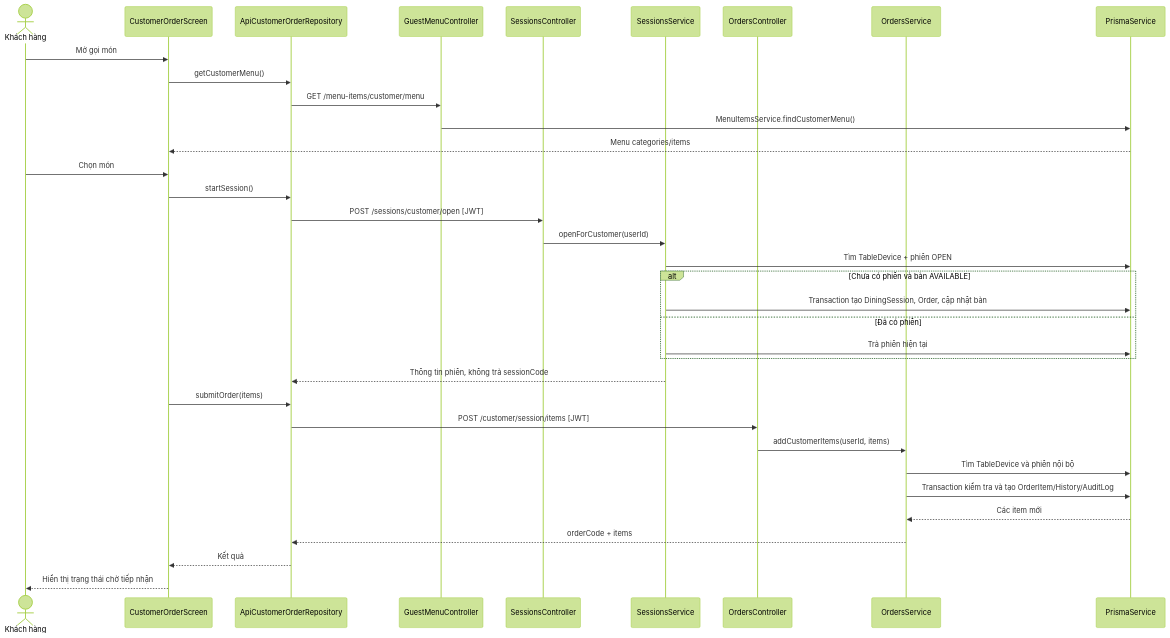
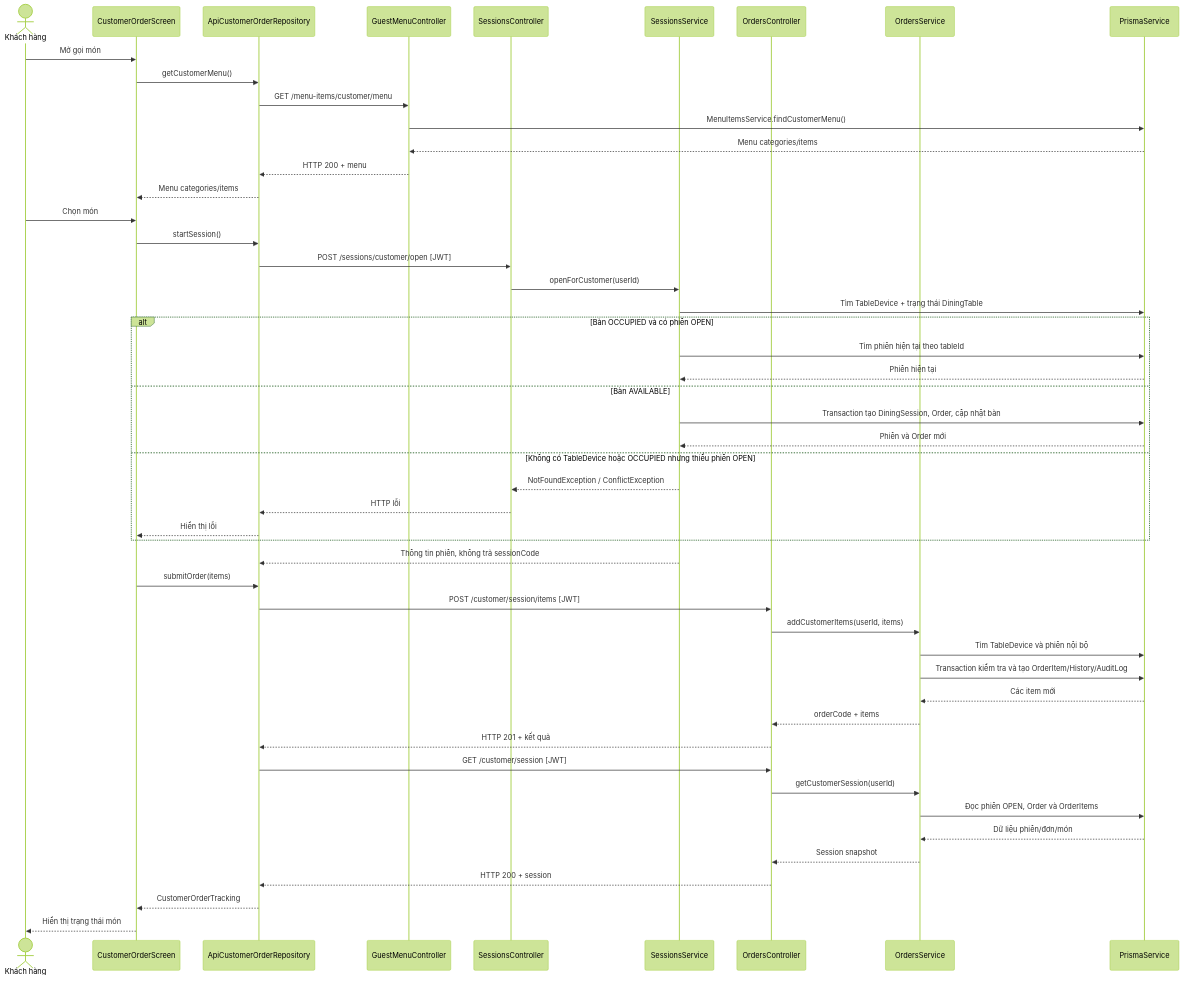
The diagram in docs/analysis/diagrams/sequence-customer-order.mmd (NTMHuy/ResMan), drawn with Mermaid (forest theme) before and after one commit.

Commit message:
docs: align customer order sequence with actual repository methods and responses

```diff
--- a/docs/analysis/diagrams/sequence-customer-order.mmd
+++ b/docs/analysis/diagrams/sequence-customer-order.mmd
@@ -1,35 +1,50 @@
 sequenceDiagram
   actor Customer as Khách hàng
   participant UI as CustomerOrderScreen
   participant Repo as ApiCustomerOrderRepository
   participant Menu as GuestMenuController
   participant Session as SessionsController
   participant SessionSvc as SessionsService
   participant Order as OrdersController
   participant OrderSvc as OrdersService
   participant DB as PrismaService
   Customer->>UI: Mở gọi món
   UI->>Repo: getCustomerMenu()
   Repo->>Menu: GET /menu-items/customer/menu
   Menu->>DB: MenuItemsService.findCustomerMenu()
-  DB-->>UI: Menu categories/items
+  DB-->>Menu: Menu categories/items
+  Menu-->>Repo: HTTP 200 + menu
+  Repo-->>UI: Menu categories/items
   Customer->>UI: Chọn món
   UI->>Repo: startSession()
   Repo->>Session: POST /sessions/customer/open [JWT]
   Session->>SessionSvc: openForCustomer(userId)
-  SessionSvc->>DB: Tìm TableDevice + phiên OPEN
-  alt Chưa có phiên và bàn AVAILABLE
+  SessionSvc->>DB: Tìm TableDevice + trạng thái DiningTable
+  alt Bàn OCCUPIED và có phiên OPEN
+    SessionSvc->>DB: Tìm phiên hiện tại theo tableId
+    DB-->>SessionSvc: Phiên hiện tại
+  else Bàn AVAILABLE
     SessionSvc->>DB: Transaction tạo DiningSession, Order, cập nhật bàn
-  else Đã có phiên
-    SessionSvc->>DB: Trả phiên hiện tại
+    DB-->>SessionSvc: Phiên và Order mới
+  else Không có TableDevice hoặc OCCUPIED nhưng thiếu phiên OPEN
+    SessionSvc-->>Session: NotFoundException / ConflictException
+    Session-->>Repo: HTTP lỗi
+    Repo-->>UI: Hiển thị lỗi
   end
   SessionSvc-->>Repo: Thông tin phiên, không trả sessionCode
   UI->>Repo: submitOrder(items)
   Repo->>Order: POST /customer/session/items [JWT]
   Order->>OrderSvc: addCustomerItems(userId, items)
   OrderSvc->>DB: Tìm TableDevice và phiên nội bộ
   OrderSvc->>DB: Transaction kiểm tra và tạo OrderItem/History/AuditLog
   DB-->>OrderSvc: Các item mới
-  OrderSvc-->>Repo: orderCode + items
-  Repo-->>UI: Kết quả
-  UI-->>Customer: Hiển thị trạng thái chờ tiếp nhận
+  OrderSvc-->>Order: orderCode + items
+  Order-->>Repo: HTTP 201 + kết quả
+  Repo->>Order: GET /customer/session [JWT]
+  Order->>OrderSvc: getCustomerSession(userId)
+  OrderSvc->>DB: Đọc phiên OPEN, Order và OrderItems
+  DB-->>OrderSvc: Dữ liệu phiên/đơn/món
+  OrderSvc-->>Order: Session snapshot
+  Order-->>Repo: HTTP 200 + session
+  Repo-->>UI: CustomerOrderTracking
+  UI-->>Customer: Hiển thị trạng thái món
```
